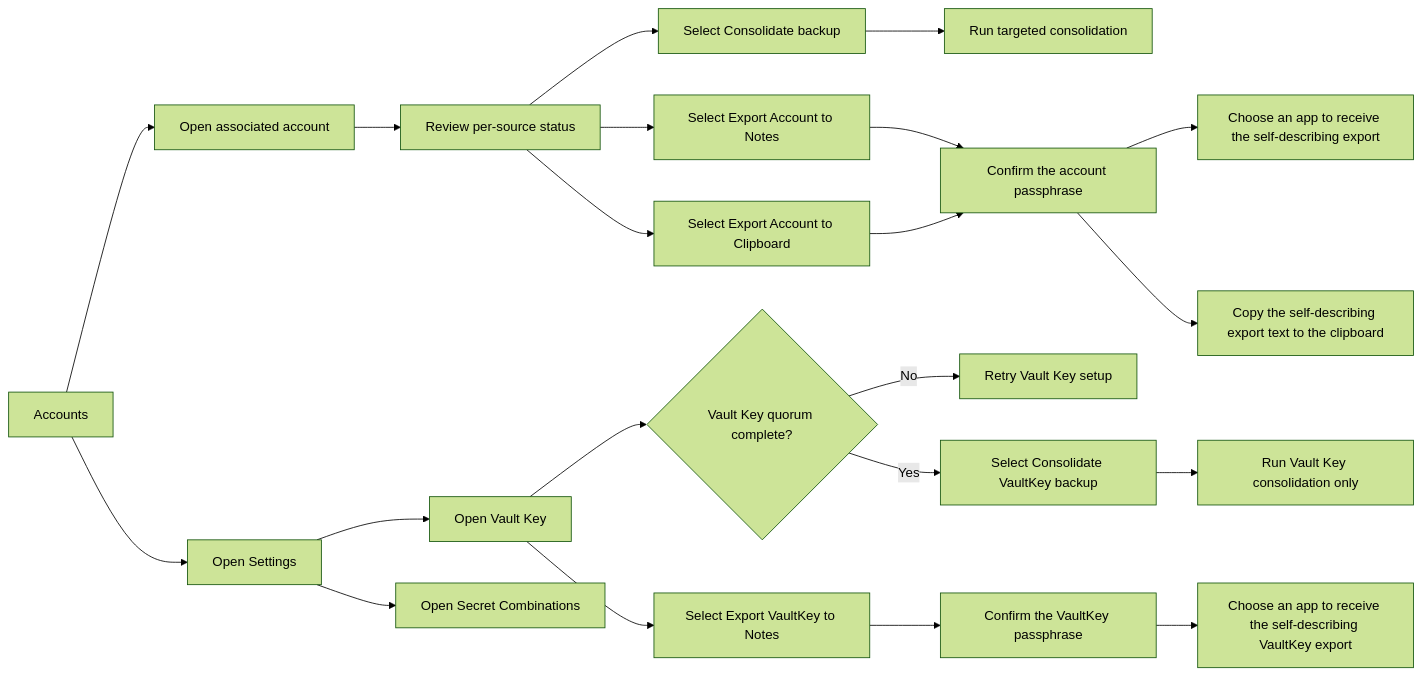
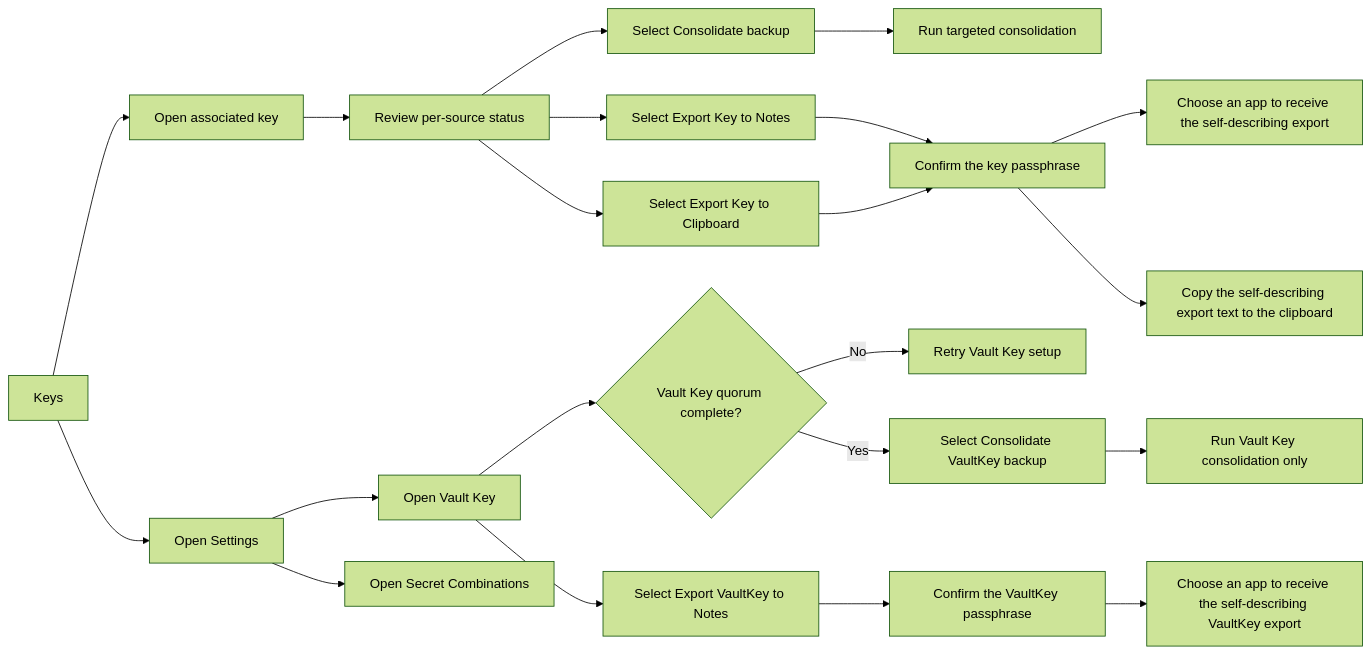
Before and after one commit to ZenTenApp/vault-kotlin: the sixth of 8 diagrams in docs/stakeholder/flowcharts.md, drawn with Mermaid (forest theme). The commit also changed other lines of this file and 144 other files, not shown here.

First line of the commit message:
refactor: rename Account to Key across the project

````diff
--- a/docs/stakeholder/flowcharts.md
+++ b/docs/stakeholder/flowcharts.md
@@ -241,23 +241,23 @@
 ```mermaid
 flowchart LR
-    Accounts["Accounts"] --> Account["Open associated account"]
-    Account --> Status["Review per-source status"]
+    Keys["Keys"] --> Key["Open associated key"]
+    Key --> Status["Review per-source status"]
     Status --> One["Select Consolidate backup"]
     One --> Targeted["Run targeted consolidation"]
-    Status --> ExportNotes["Select Export Account to Notes"]
-    ExportNotes --> ExportPassphrase["Confirm the account passphrase"]
+    Status --> ExportNotes["Select Export Key to Notes"]
+    ExportNotes --> ExportPassphrase["Confirm the key passphrase"]
     ExportPassphrase --> ExportPick["Choose an app to receive the self-describing export"]
-    Status --> ExportClipboard["Select Export Account to Clipboard"]
+    Status --> ExportClipboard["Select Export Key to Clipboard"]
     ExportClipboard --> ExportPassphrase
     ExportPassphrase --> Clipboard["Copy the self-describing export text to the clipboard"]
-    Accounts --> Settings["Open Settings"]
+    Keys --> Settings["Open Settings"]
     Settings --> VaultKey["Open Vault Key"]
     VaultKey --> VaultKeyState{"Vault Key quorum complete?"}
     VaultKeyState -->|No| Retry["Retry Vault Key setup"]
     VaultKeyState -->|Yes| All["Select Consolidate VaultKey backup"]
     All --> Full["Run Vault Key consolidation only"]
     VaultKey --> ExportVK["Select Export VaultKey to Notes"]
     ExportVK --> ExportVKPassphrase["Confirm the VaultKey passphrase"]
     ExportVKPassphrase --> ExportVKPick["Choose an app to receive the self-describing VaultKey export"]
     Settings --> SecretCombos["Open Secret Combinations"]
 ```
````
